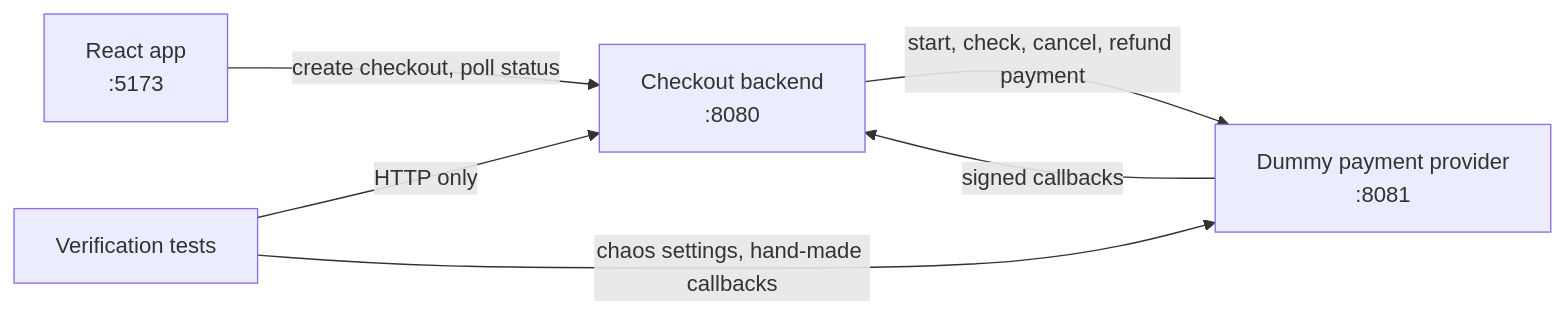
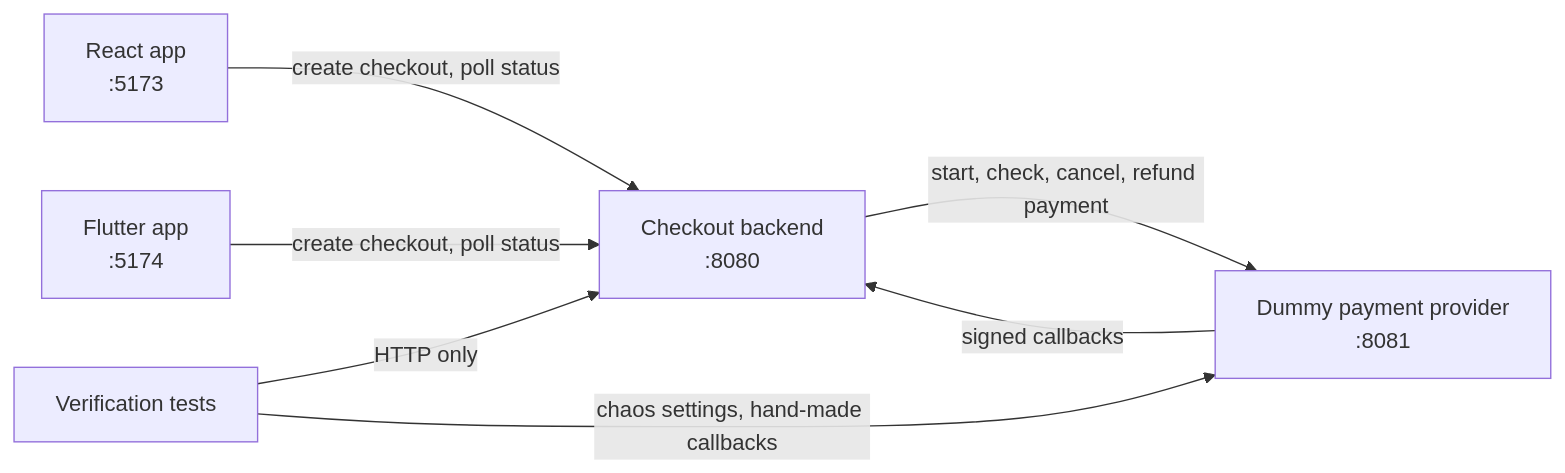
The diagram in README.md (walshe/ghanem-multi-agent-investment-tracking-poc), drawn with Mermaid before and after one commit. The commit also changed other lines of this file, not shown here.

First line of the commit message:
Add Flutter app to the top-level README

````diff
--- a/README.md
+++ b/README.md
@@ -15,13 +22,15 @@
 ```mermaid
 flowchart LR
     web["React app<br/>:5173"]
+    mobile["Flutter app<br/>:5174"]
     backend["Checkout backend<br/>:8080"]
     provider["Dummy payment provider<br/>:8081"]
     tests["Verification tests"]
 
     web -- "create checkout, poll status" --> backend
+    mobile -- "create checkout, poll status" --> backend
     backend -- "start, check, cancel, refund payment" --> provider
     provider -- "signed callbacks" --> backend
     tests -- "HTTP only" --> backend
     tests -- "chaos settings, hand-made callbacks" --> provider
 ```
````
